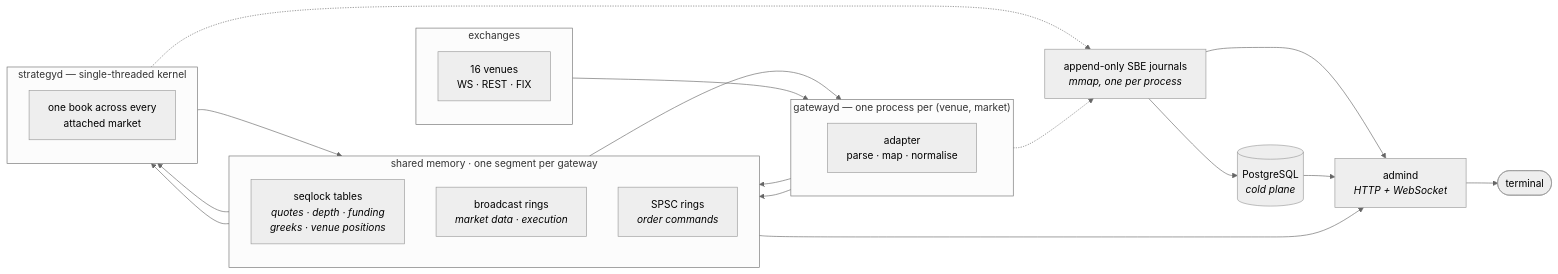
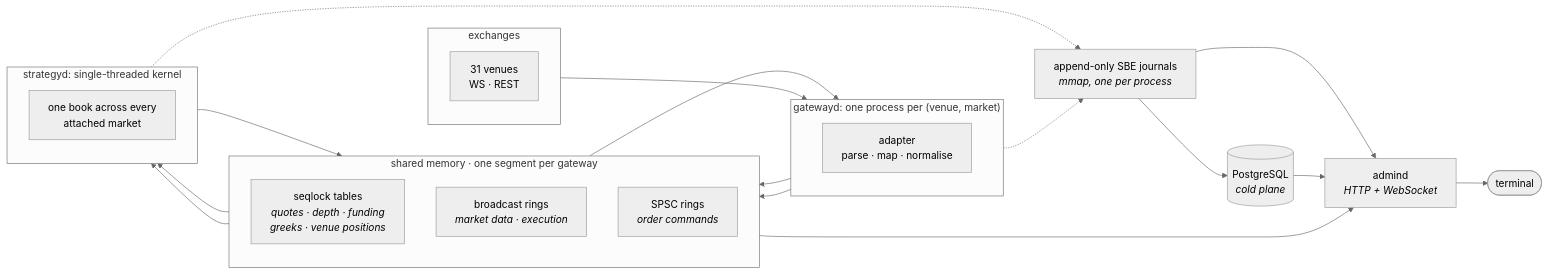
The diagram in docs/README.md (TeachPenguinsFly/raikiri), drawn with Mermaid (neutral theme) before and after one commit. The commit also changed other lines of this file and 66 other files, not shown here.

````diff
--- a/docs/README.md
+++ b/docs/README.md
@@ -18,41 +16,41 @@
 ```mermaid
 flowchart LR
     subgraph V["exchanges"]
         direction TB
-        E1["16 venues<br/>WS · REST · FIX"]
+        E1["31 venues<br/>WS · REST"]
     end
 
-    subgraph G["gatewayd — one process per (venue, market)"]
+    subgraph G["gatewayd: one process per (venue, market)"]
         direction TB
         GA["adapter<br/>parse · map · normalise"]
     end
 
     subgraph S["shared memory · one segment per gateway"]
         direction TB
         T["seqlock tables<br/><i>quotes · depth · funding<br/>greeks · venue positions</i>"]
         R["broadcast rings<br/><i>market data · execution</i>"]
         C["SPSC rings<br/><i>order commands</i>"]
     end
 
-    subgraph K["strategyd — single-threaded kernel"]
+    subgraph K["strategyd: single-threaded kernel"]
         direction TB
         ST["one book across every<br/>attached market"]
     end
 
     J["append-only SBE journals<br/><i>mmap, one per process</i>"]
     P[("PostgreSQL<br/><i>cold plane</i>")]
     A["admind<br/><i>HTTP + WebSocket</i>"]
 
     E1 --> GA
     GA --> T & R
     C --> GA
     T & R --> ST
     ST --> C
     GA -.-> J
     ST -.-> J
     J --> P
     T --> A
     J --> A
     P --> A
     A --> W(["terminal"])
 ```
````
